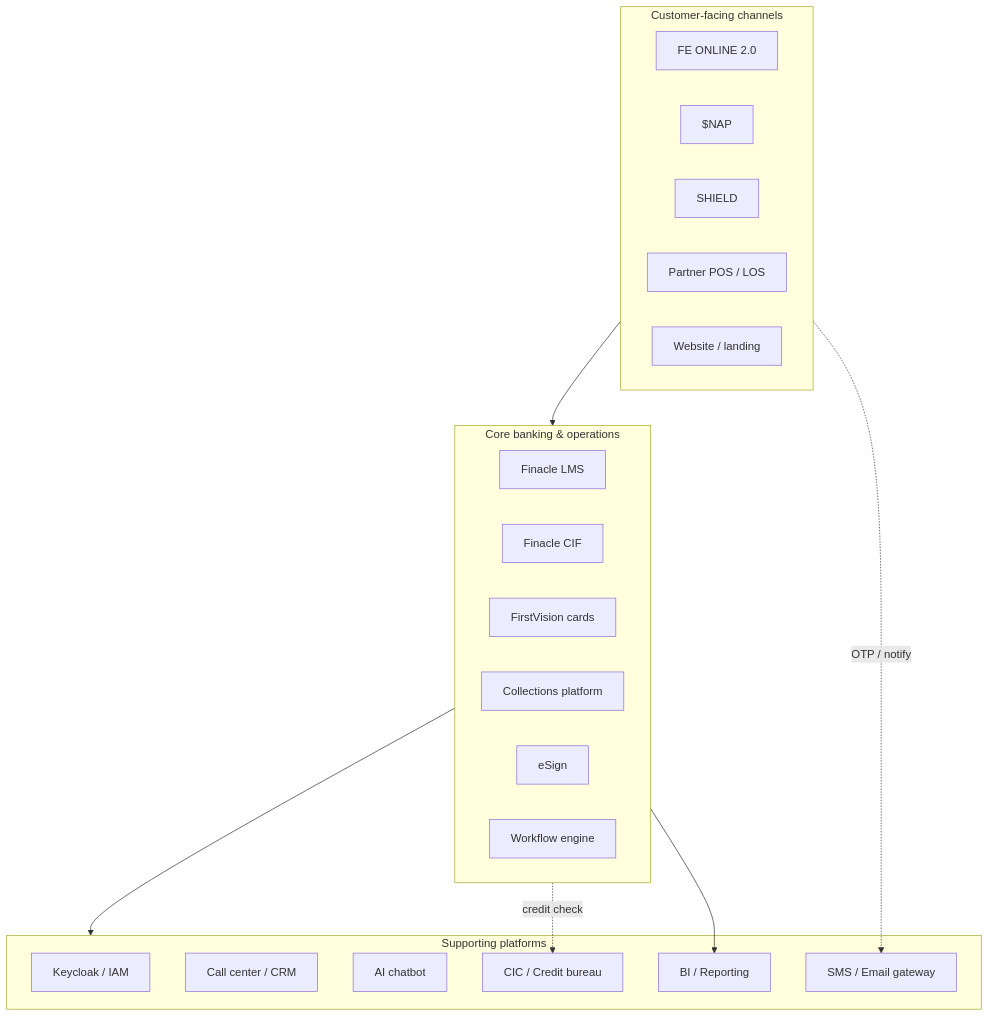
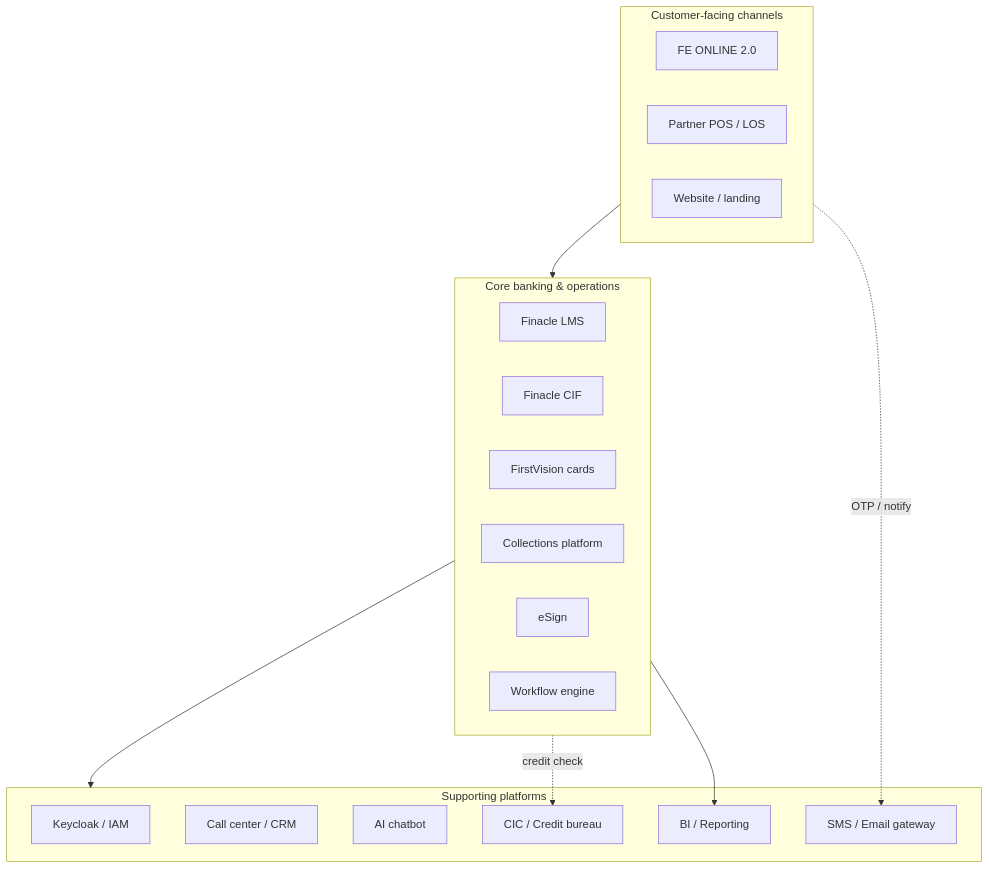
The diagram in docs/00-fe-credit-application-landscape.md (taiphan/learning), drawn with Mermaid before and after one commit. The commit also changed other lines of this file and 687 other files, not shown here.

````diff
--- a/docs/00-fe-credit-application-landscape.md
+++ b/docs/00-fe-credit-application-landscape.md
@@ -11,31 +11,29 @@
 ```mermaid
 flowchart TB
   subgraph CH[Customer-facing channels]
     FEO[FE ONLINE 2.0]
-    NAP[$NAP]
-    SHD[SHIELD]
     POS[Partner POS / LOS]
     WEB[Website / landing]
   end
   subgraph CORE[Core banking & operations]
     LMS[Finacle LMS]
     CIF[Finacle CIF]
     FV[FirstVision cards]
     COL[Collections platform]
     ESG[eSign]
     WF[Workflow engine]
   end
   subgraph SUP[Supporting platforms]
     IAM[Keycloak / IAM]
     CRM[Call center / CRM]
     BOT[AI chatbot]
     GW[SMS / Email gateway]
     CIC[CIC / Credit bureau]
     BI[BI / Reporting]
   end
   CH --> CORE
   CORE --> SUP
   CH -. OTP / notify .-> GW
   CORE -. credit check .-> CIC
   CORE --> BI
 ```
````
